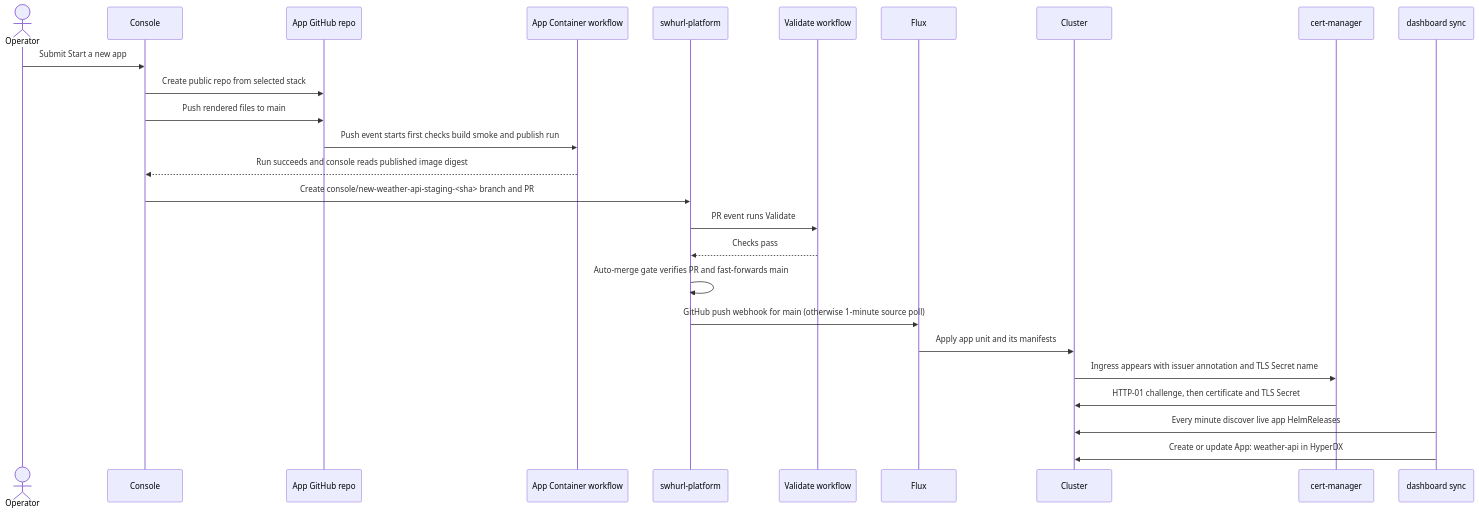
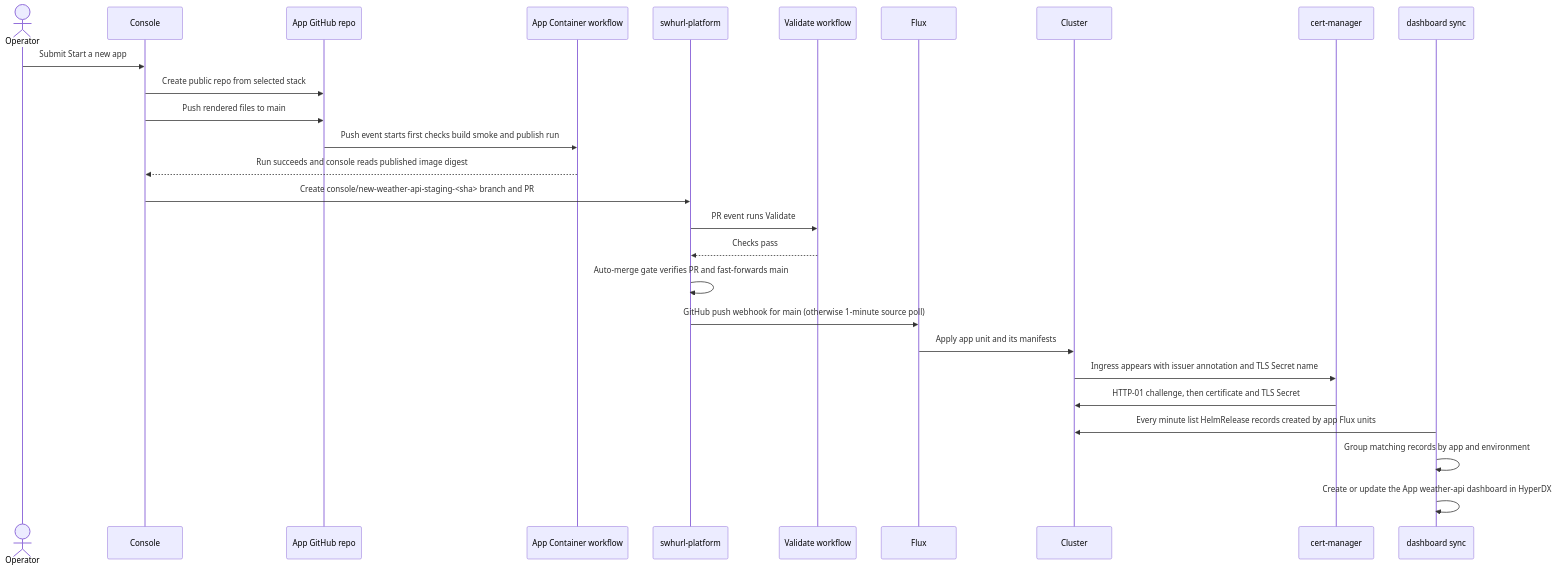
The first of 2 diagrams in docs/apps.md (samclement/swhurl-platform), drawn with Mermaid before and after one commit. The commit also changed other lines of this file, not shown here.

Commit message:
docs: clarify dashboard app discovery

````diff
--- a/docs/apps.md
+++ b/docs/apps.md
@@ -40,29 +40,30 @@
 ```mermaid
 sequenceDiagram
   actor Operator
   participant Console
   participant AppRepo as App GitHub repo
   participant Actions as App Container workflow
   participant Platform as swhurl-platform
   participant Validate as Validate workflow
   participant Flux
   participant Cluster
   participant CM as cert-manager
   participant Dash as dashboard sync
 
   Operator->>Console: Submit Start a new app
   Console->>AppRepo: Create public repo from selected stack
   Console->>AppRepo: Push rendered files to main
   AppRepo->>Actions: Push event starts first checks build smoke and publish run
   Actions-->>Console: Run succeeds and console reads published image digest
   Console->>Platform: Create console/new-weather-api-staging-<sha> branch and PR
   Platform->>Validate: PR event runs Validate
   Validate-->>Platform: Checks pass
   Platform->>Platform: Auto-merge gate verifies PR and fast-forwards main
   Platform->>Flux: GitHub push webhook for main (otherwise 1-minute source poll)
   Flux->>Cluster: Apply app unit and its manifests
   Cluster->>CM: Ingress appears with issuer annotation and TLS Secret name
   CM->>Cluster: HTTP-01 challenge, then certificate and TLS Secret
-  Dash->>Cluster: Every minute discover live app HelmReleases
-  Dash->>Cluster: Create or update App: weather-api in HyperDX
+  Dash->>Cluster: Every minute list HelmRelease records created by app Flux units
+  Dash->>Dash: Group matching records by app and environment
+  Dash->>Dash: Create or update the App weather-api dashboard in HyperDX
 ```
````
